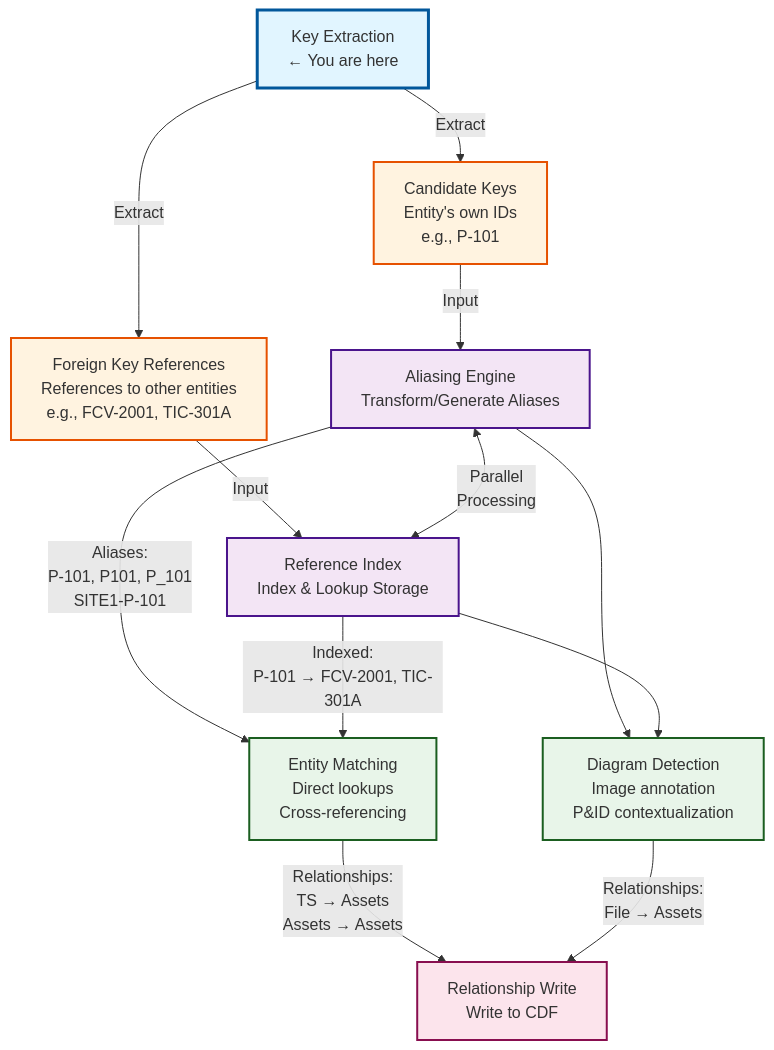
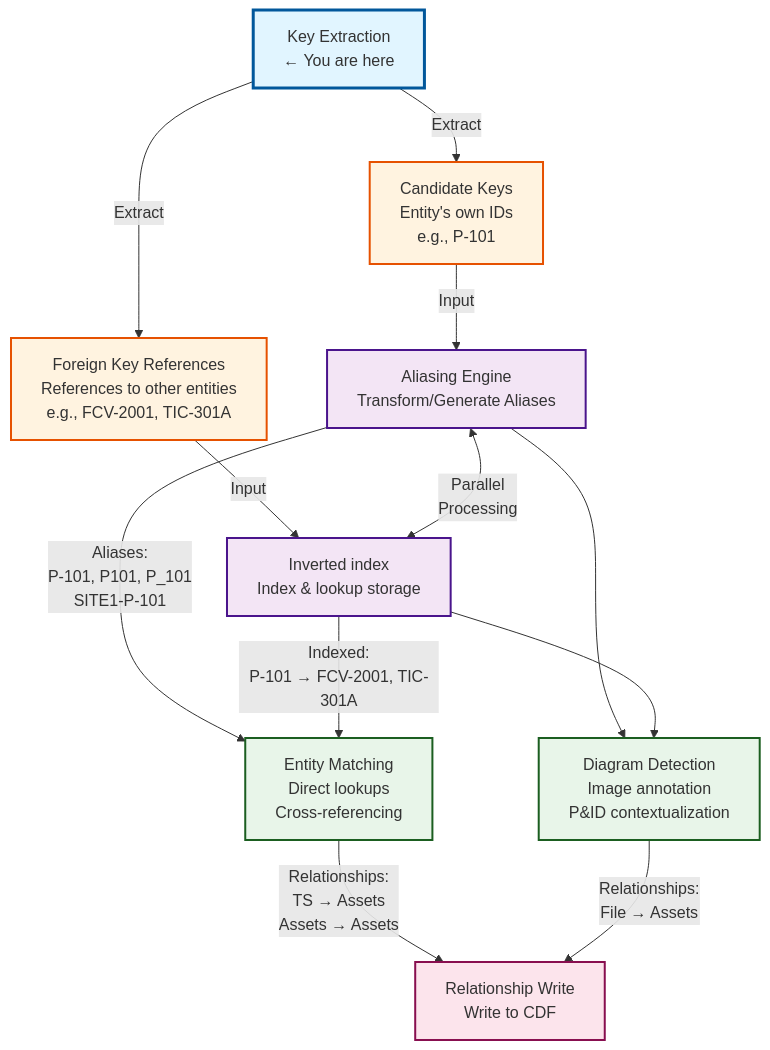
One commit to cognitedata/library changed the diagram in modules/accelerators/contextualization/cdf_key_extraction_aliasing/docs/specifications/1. key_extraction.md. Above: the diagram before and after it, drawn with Mermaid. The commit also changed other lines of this file and 92 other files, not shown here.

First line of the commit message:
cdf_key_extraction_aliasing: inverted index naming and scoped workflows

````diff
--- a/modules/accelerators/contextualization/cdf_key_extraction_aliasing/docs/specifications/1. key_extraction.md
+++ b/modules/accelerators/contextualization/cdf_key_extraction_aliasing/docs/specifications/1. key_extraction.md
@@ -139,40 +142,40 @@
 ```mermaid
 graph TD
     KE[Key Extraction<br/>← You are here]
 
     SK[Candidate Keys<br/>Entity's own IDs<br/>e.g., P-101]
     FK[Foreign Key References<br/>References to other entities<br/>e.g., FCV-2001, TIC-301A]
 
     AE[Aliasing Engine<br/>Transform/Generate Aliases]
-    RI[Reference Index<br/>Index & Lookup Storage]
+    RI[Inverted index<br/>Index & lookup storage]
 
     EM[Entity Matching<br/>Direct lookups<br/>Cross-referencing]
     DD[Diagram Detection<br/>Image annotation<br/>P&ID contextualization]
 
     RW[Relationship Write<br/>Write to CDF]
 
     KE -->|Extract| SK
     KE -->|Extract| FK
 
     SK -->|Input| AE
     FK -->|Input| RI
 
     AE <-->|Parallel<br/>Processing| RI
 
     AE -->|Aliases:<br/>P-101, P101, P_101<br/>SITE1-P-101| EM
     AE --> DD
     RI -->|Indexed:<br/>P-101 → FCV-2001, TIC-301A| EM
     RI --> DD
 
     EM -->|Relationships:<br/>TS → Assets<br/>Assets → Assets| RW
     DD -->|Relationships:<br/>File → Assets| RW
 
     style KE fill:#e1f5ff,stroke:#01579b,stroke-width:3px
     style SK fill:#fff3e0,stroke:#e65100,stroke-width:2px
     style FK fill:#fff3e0,stroke:#e65100,stroke-width:2px
     style AE fill:#f3e5f5,stroke:#4a148c,stroke-width:2px
     style RI fill:#f3e5f5,stroke:#4a148c,stroke-width:2px
     style EM fill:#e8f5e9,stroke:#1b5e20,stroke-width:2px
     style DD fill:#e8f5e9,stroke:#1b5e20,stroke-width:2px
     style RW fill:#fce4ec,stroke:#880e4f,stroke-width:2px
 ```
````
